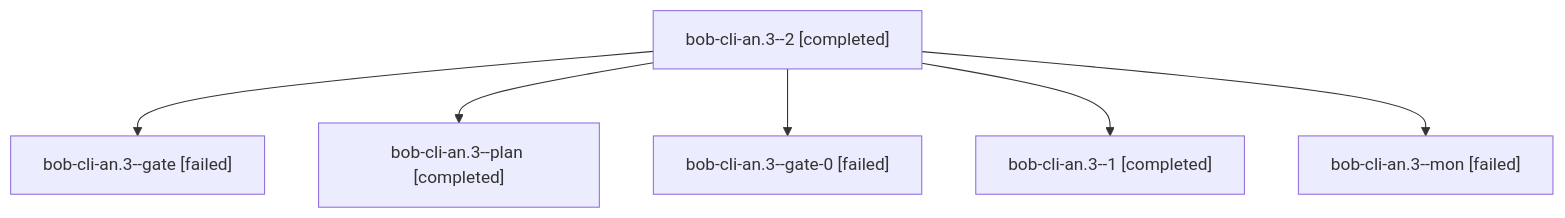
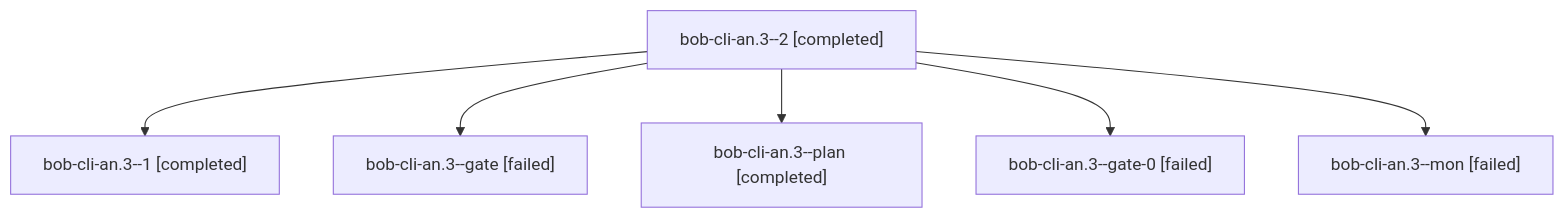
One commit to bobs-org/bob-cli--agents changed the diagram in sessions/bbugyi200.athena.bob-cli-an.3.md. Above: the diagram before and after it, drawn with Mermaid. The commit also changed other lines of this file and 86 other files, not shown here.

````diff
--- a/sessions/bbugyi200.athena.bob-cli-an.3.md
+++ b/sessions/bbugyi200.athena.bob-cli-an.3.md
@@ -9,14 +9,14 @@
 ```mermaid
 flowchart TD
   n0["bob-cli-an.3--2 [completed]"]
-  n1["bob-cli-an.3--gate [failed]"]
+  n1["bob-cli-an.3--1 [completed]"]
   n0 --> n1
-  n2["bob-cli-an.3--plan [completed]"]
+  n2["bob-cli-an.3--gate [failed]"]
   n0 --> n2
-  n3["bob-cli-an.3--gate-0 [failed]"]
+  n3["bob-cli-an.3--plan [completed]"]
   n0 --> n3
-  n4["bob-cli-an.3--1 [completed]"]
+  n4["bob-cli-an.3--gate-0 [failed]"]
   n0 --> n4
   n5["bob-cli-an.3--mon [failed]"]
   n0 --> n5
 ```
````
